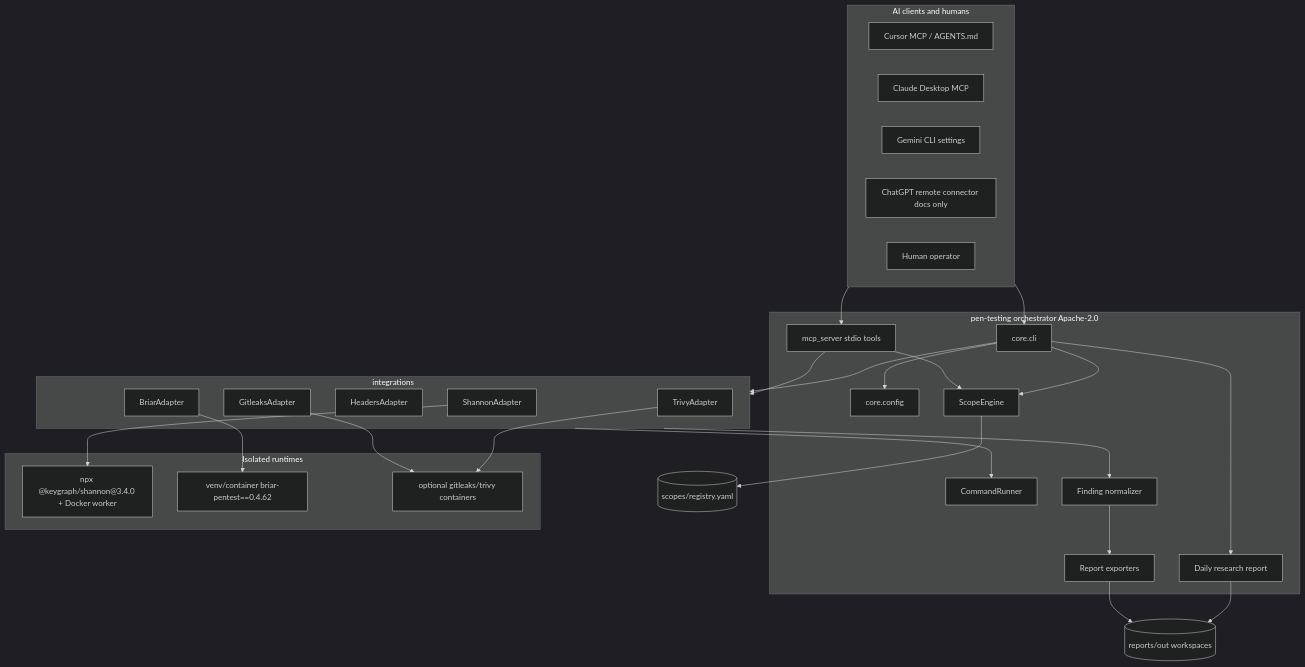
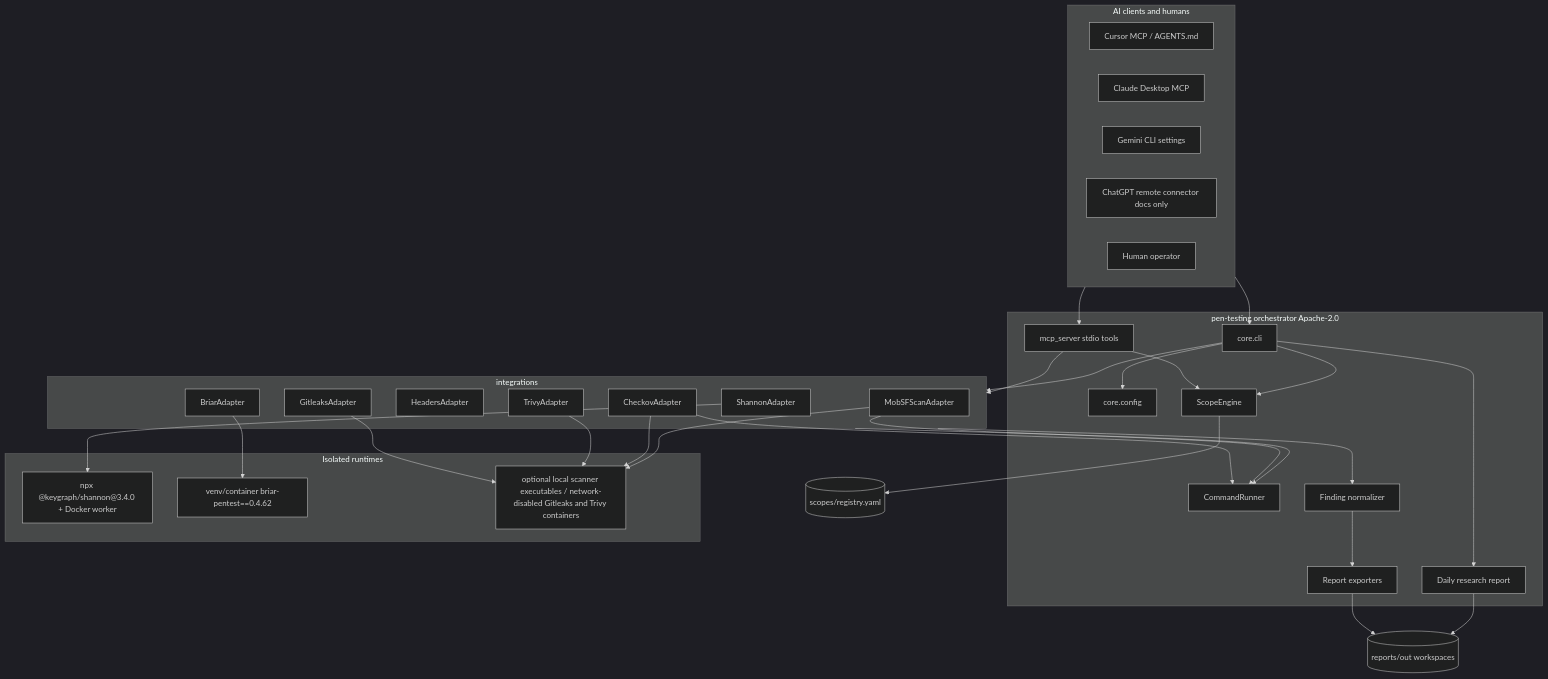
One commit to eneelkant/pen-testing changed the diagram in docs/ARCHITECTURE.md. Above: the diagram before and after it, drawn with Mermaid (dark theme). The commit also changed other lines of this file and 17 other files, not shown here.

First line of the commit message:
feat: add optional Checkov and MobSFScan local scanners (#44)

````diff
--- a/docs/ARCHITECTURE.md
+++ b/docs/ARCHITECTURE.md
@@ -9,57 +9,63 @@
 ```mermaid
 flowchart TB
   subgraph clients [AI clients and humans]
     CURSOR[Cursor MCP / AGENTS.md]
     CLAUDE[Claude Desktop MCP]
     GEMINI[Gemini CLI settings]
     CHATGPT[ChatGPT remote connector docs only]
     HUMAN[Human operator]
   end
 
   subgraph platform [pen-testing orchestrator Apache-2.0]
     MCP[mcp_server stdio tools]
     CLI[core.cli]
     CFG[core.config]
     SCOPE[ScopeEngine]
     RUN[CommandRunner]
     NORM[Finding normalizer]
     REP[Report exporters]
     DAILY[Daily research report]
   end
 
   subgraph adapters [integrations]
     SH[ShannonAdapter]
     BR[BriarAdapter]
     HD[HeadersAdapter]
     GL[GitleaksAdapter]
     TR[TrivyAdapter]
+    CK[CheckovAdapter]
+    MS[MobSFScanAdapter]
   end
 
   subgraph isolated [Isolated runtimes]
     NPX["npx @keygraph/shannon@3.4.0 + Docker worker"]
     VENV["venv/container briar-pentest==0.4.62"]
-    SCAN["optional gitleaks/trivy containers"]
+    SCAN["optional local scanner executables / network-disabled Gitleaks and Trivy containers"]
   end
 
   REG[(scopes/registry.yaml)]
   OUT[(reports/out workspaces)]
 
   clients --> MCP
   clients --> CLI
   MCP --> SCOPE
   MCP --> adapters
   CLI --> CFG
   CLI --> SCOPE
   SCOPE --> REG
   CLI --> adapters
   adapters --> RUN
   SH --> NPX
   BR --> VENV
   GL --> SCAN
   TR --> SCAN
+  CK --> RUN
+  MS --> RUN
+  CK --> SCAN
+  MS --> SCAN
   adapters --> NORM
   NORM --> REP
   REP --> OUT
   CLI --> DAILY
   DAILY --> OUT
 ```
````
